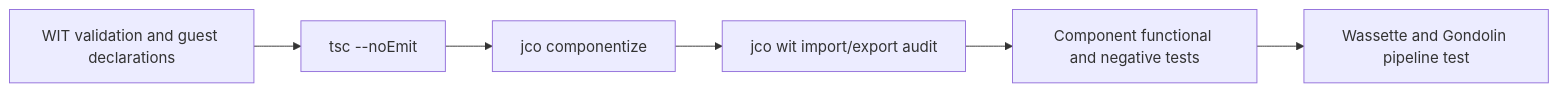
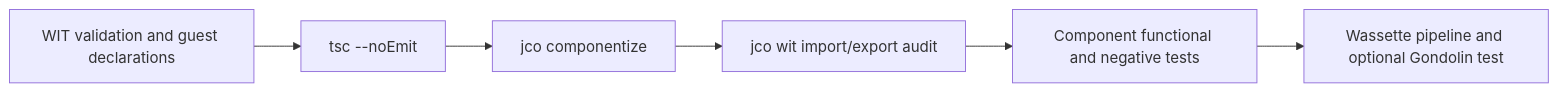
Before and after one commit to ragavsathish/agent-workload-platform: the diagram in docs/research/wasm-wit-typescript-best-practices.md, drawn with Mermaid. The commit also changed other lines of this file and 22 other files, not shown here.

````diff
--- a/docs/research/wasm-wit-typescript-best-practices.md
+++ b/docs/research/wasm-wit-typescript-best-practices.md
@@ -235,8 +234,8 @@
 ```mermaid
 flowchart LR
     wit[WIT validation and guest declarations] --> types[tsc --noEmit]
     types --> componentize[jco componentize]
     componentize --> audit[jco wit import/export audit]
     audit --> component[Component functional and negative tests]
-    component --> pipeline[Wassette and Gondolin pipeline test]
+    component --> pipeline[Wassette pipeline and optional Gondolin test]
 ```
````
